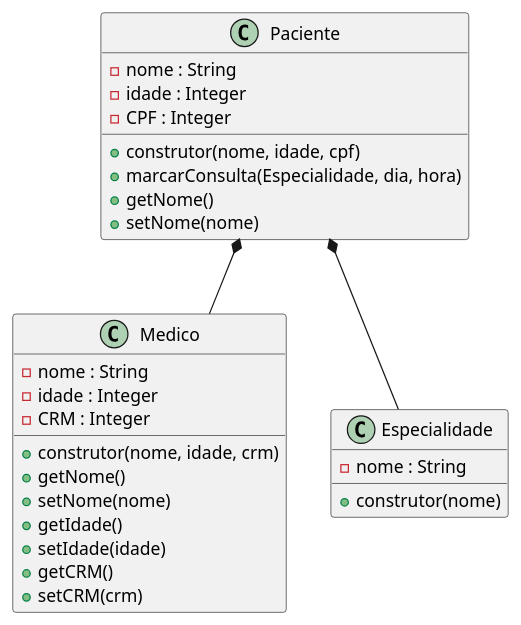
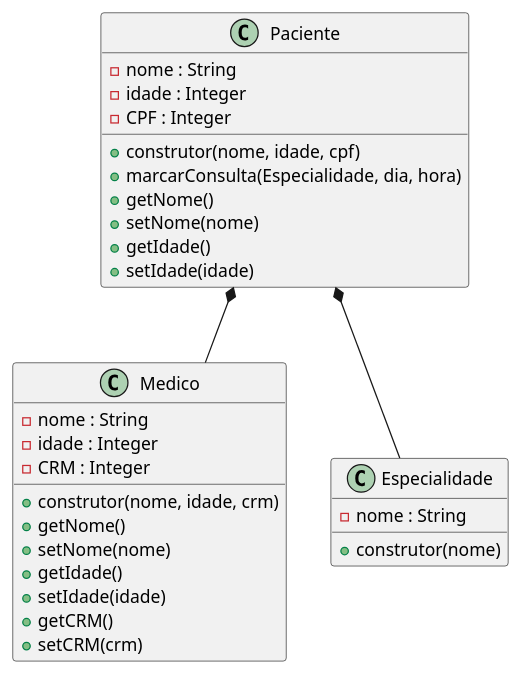
The diagram in diagrama.plantuml (anleaes/2022-1-N2-POO-03), drawn with PlantUML before and after one commit.

Commit message:
colocado getIdade e setIdade na classe paciente

```diff
--- a/diagrama.plantuml
+++ b/diagrama.plantuml
@@ -1,34 +1,36 @@
 @startuml Gerenciamento de Exames Medicos
 
     class Paciente{
         - nome : String
         - idade : Integer
         - CPF : Integer
         + construtor(nome, idade, cpf)
         + marcarConsulta(Especialidade, dia, hora)
         + getNome()
         + setNome(nome)
+        + getIdade()
+        + setIdade(idade)
     }
 
     class Medico{
         - nome : String
         - idade : Integer
         - CRM : Integer
         + construtor(nome, idade, crm)
         + getNome()
         + setNome(nome)
         + getIdade()
         + setIdade(idade)
         + getCRM()
         + setCRM(crm)
     }
 
     class Especialidade{
         - nome : String
         + construtor(nome)
     }
 
     Paciente *-- Medico
     Paciente *-- Especialidade
 
 @enduml
```
